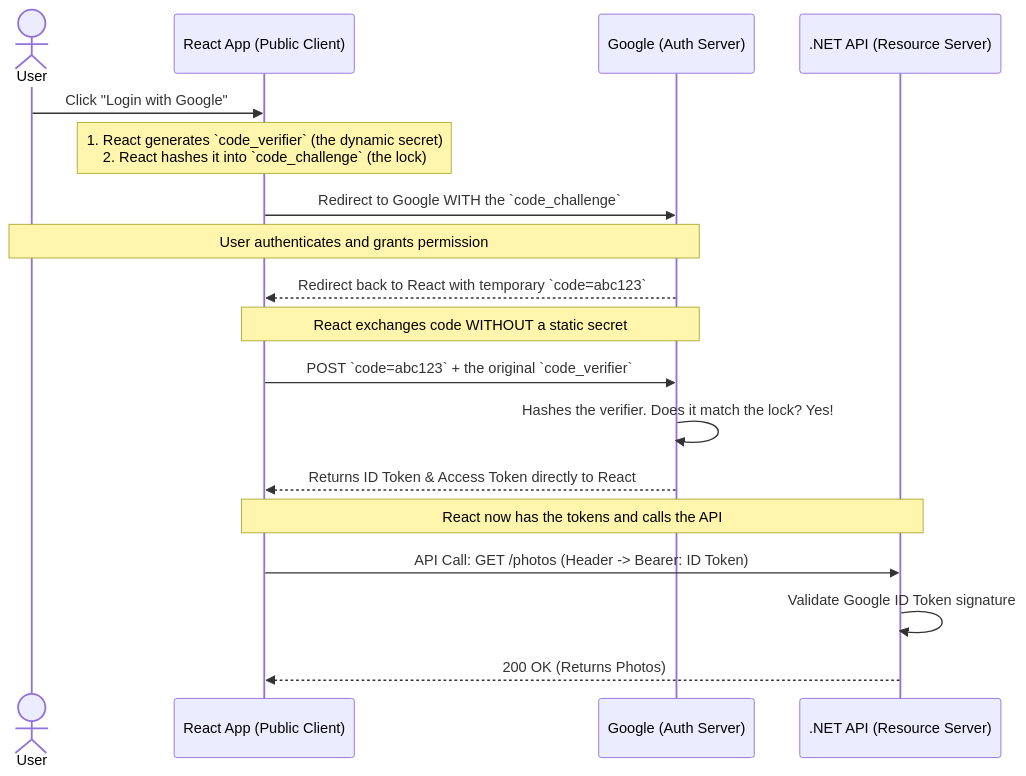
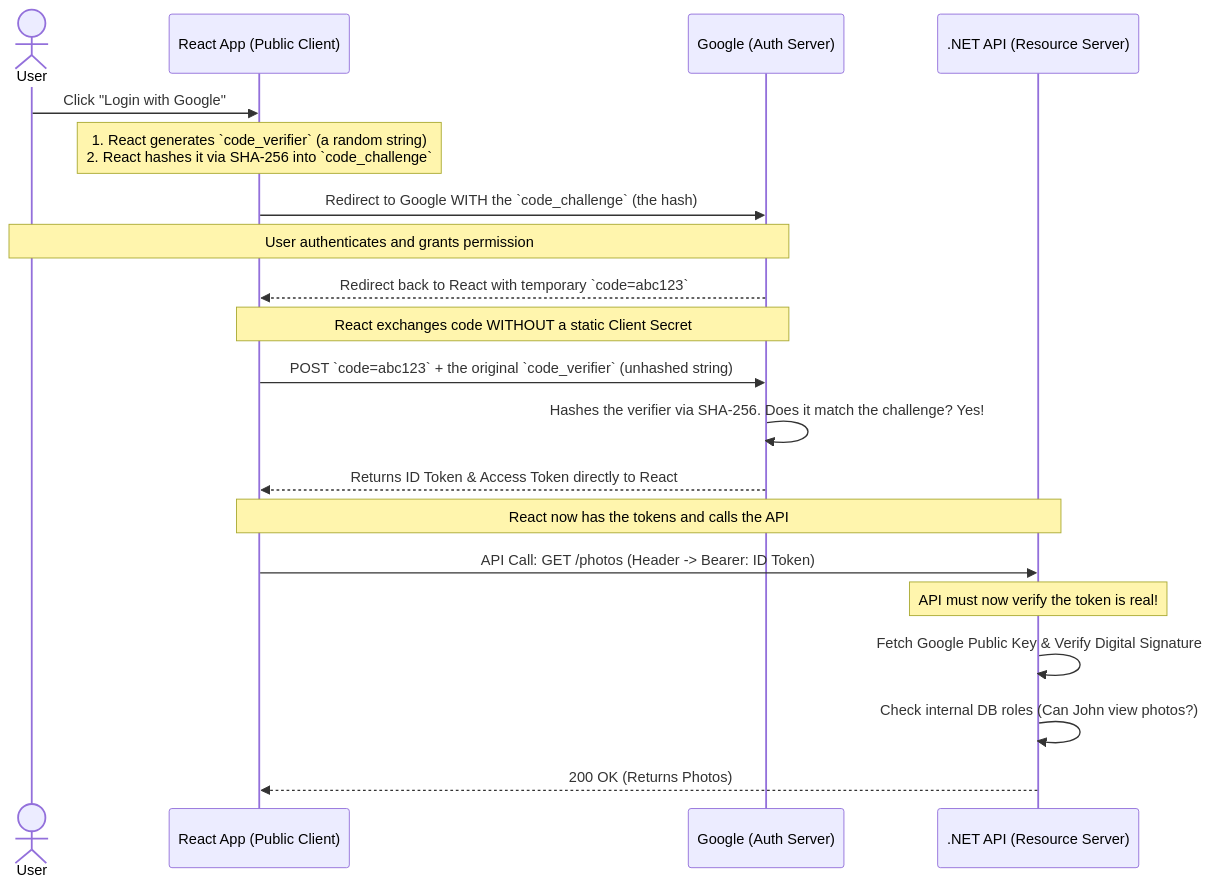
The second of 2 diagrams in 02_AuthN_Federation/06_OIDC_Intro.md (nirajp82/IdentityAccessManagement_IAM), drawn with Mermaid before and after one commit. The commit also changed other lines of this file, not shown here.

````diff
--- a/02_AuthN_Federation/06_OIDC_Intro.md
+++ b/02_AuthN_Federation/06_OIDC_Intro.md
@@ -169,27 +200,30 @@
 ```mermaid
 sequenceDiagram
     actor User
     participant React as React App (Public Client)
     participant Google as Google (Auth Server)
     participant API as .NET API (Resource Server)
 
     User->>React: Click "Login with Google"
-    Note over React: 1. React generates `code_verifier` (the dynamic secret)<br/>2. React hashes it into `code_challenge` (the lock)
+    Note over React: 1. React generates `code_verifier` (a random string)<br/>2. React hashes it via SHA-256 into `code_challenge`
     
-    React->>Google: Redirect to Google WITH the `code_challenge`
+    React->>Google: Redirect to Google WITH the `code_challenge` (the hash)
     
     Note over User,Google: User authenticates and grants permission
     Google-->>React: Redirect back to React with temporary `code=abc123`
     
-    Note over React,Google: React exchanges code WITHOUT a static secret
-    React->>Google: POST `code=abc123` + the original `code_verifier`
+    Note over React,Google: React exchanges code WITHOUT a static Client Secret
+    React->>Google: POST `code=abc123` + the original `code_verifier` (unhashed string)
     
-    Google->>Google: Hashes the verifier. Does it match the lock? Yes!
+    Google->>Google: Hashes the verifier via SHA-256. Does it match the challenge? Yes!
     Google-->>React: Returns ID Token & Access Token directly to React
     
     Note over React,API: React now has the tokens and calls the API
     React->>API: API Call: GET /photos (Header -> Bearer: ID Token)
-    API->>API: Validate Google ID Token signature
+    
+    Note over API: API must now verify the token is real!
+    API->>API: Fetch Google Public Key & Verify Digital Signature
+    API->>API: Check internal DB roles (Can John view photos?)
     API-->>React: 200 OK (Returns Photos)
 
 ```
````
